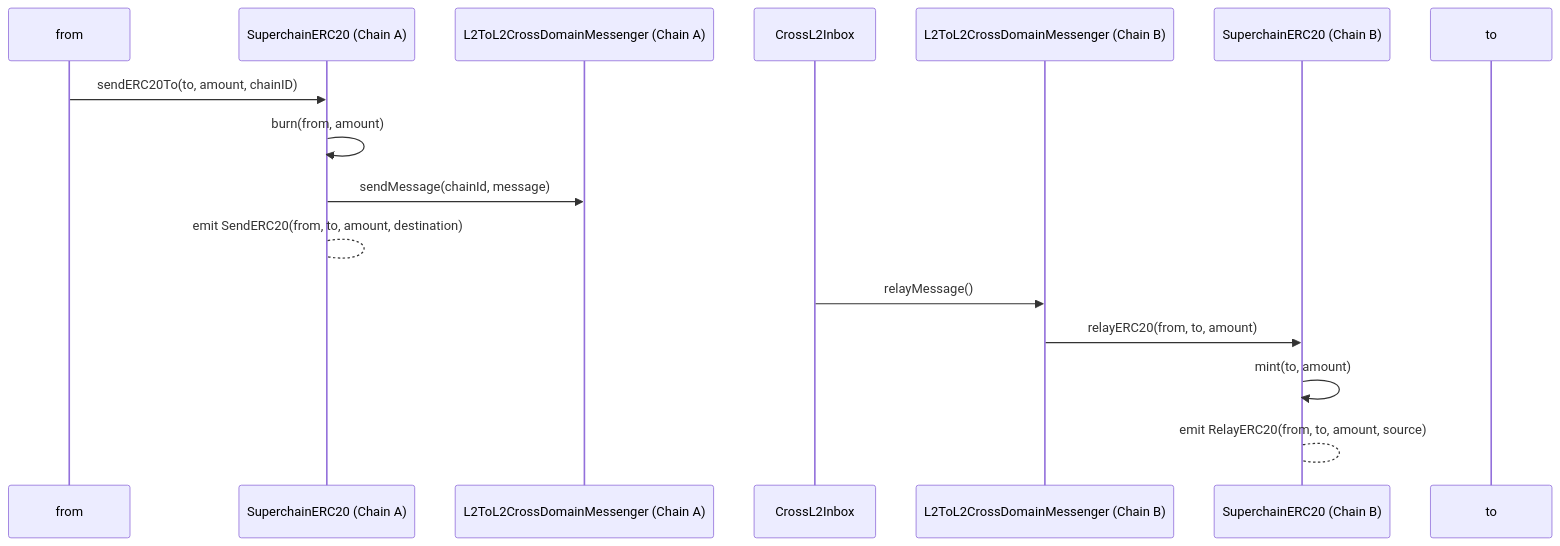
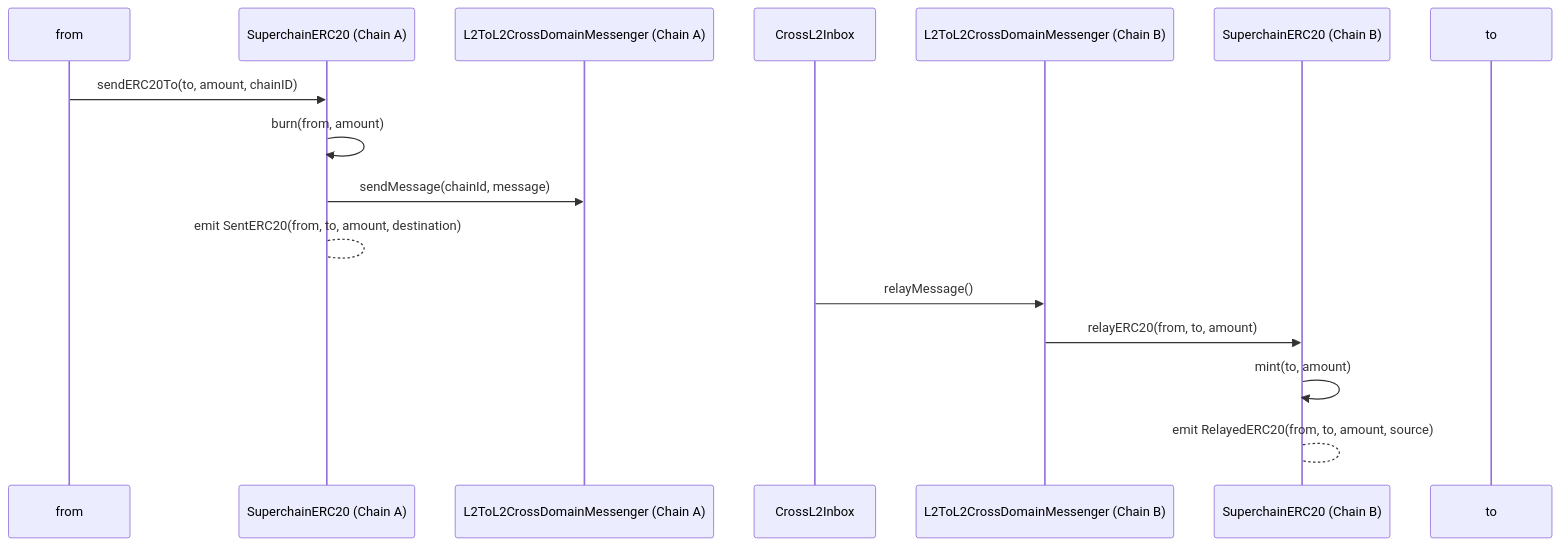
Before and after one commit to ethereum-optimism/specs: the first of 3 diagrams in specs/interop/token-bridging.md, drawn with Mermaid. The commit also changed other lines of this file, not shown here.

````diff
--- a/specs/interop/token-bridging.md
+++ b/specs/interop/token-bridging.md
@@ -86,19 +86,19 @@
 ```mermaid
 sequenceDiagram
   participant from
   participant SuperERC20_A as SuperchainERC20 (Chain A)
   participant Messenger_A as L2ToL2CrossDomainMessenger (Chain A)
   participant Inbox as CrossL2Inbox
   participant Messenger_B as L2ToL2CrossDomainMessenger (Chain B)
   participant SuperERC20_B as SuperchainERC20 (Chain B)
   participant Recipient as to
 
   from->>SuperERC20_A: sendERC20To(to, amount, chainID)
   SuperERC20_A->>SuperERC20_A: burn(from, amount)
   SuperERC20_A->>Messenger_A: sendMessage(chainId, message)
-  SuperERC20_A-->SuperERC20_A: emit SendERC20(from, to, amount, destination)
+  SuperERC20_A-->SuperERC20_A: emit SentERC20(from, to, amount, destination)
   Inbox->>Messenger_B: relayMessage()
   Messenger_B->>SuperERC20_B: relayERC20(from, to, amount)
   SuperERC20_B->>SuperERC20_B: mint(to, amount)
-  SuperERC20_B-->SuperERC20_B: emit RelayERC20(from, to, amount, source)
+  SuperERC20_B-->SuperERC20_B: emit RelayedERC20(from, to, amount, source)
 ```
````
